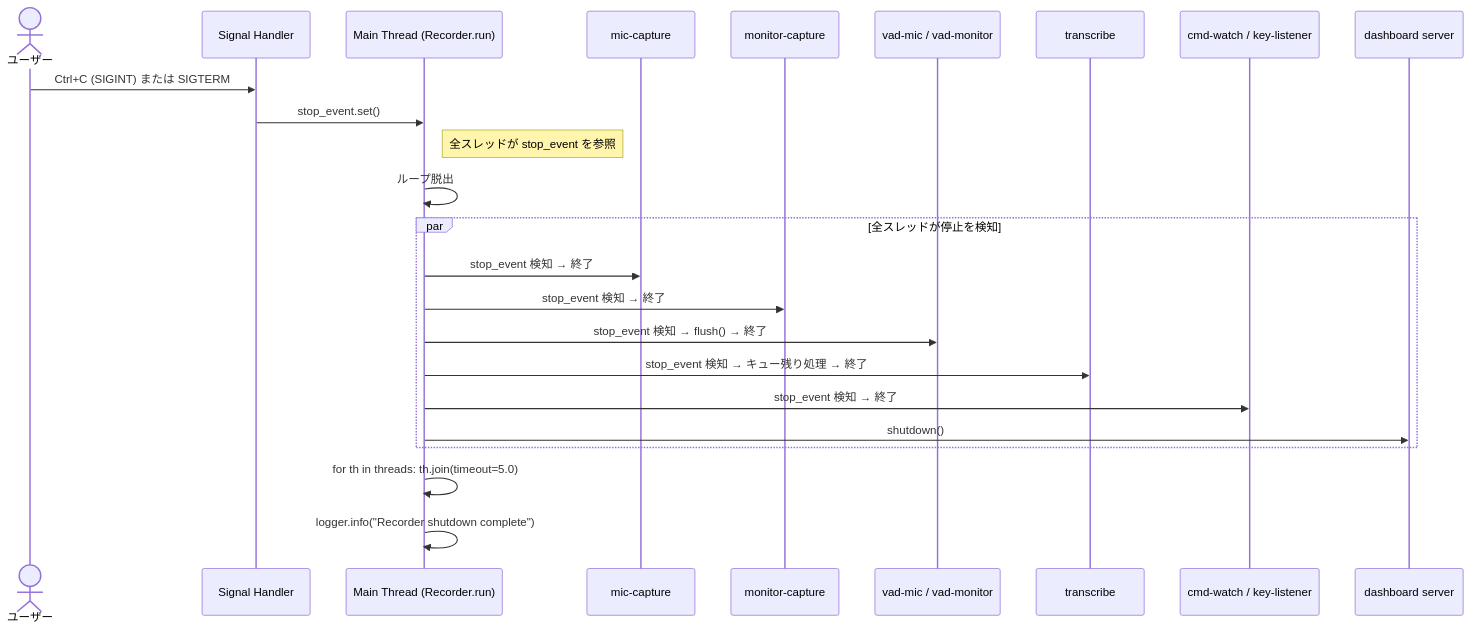
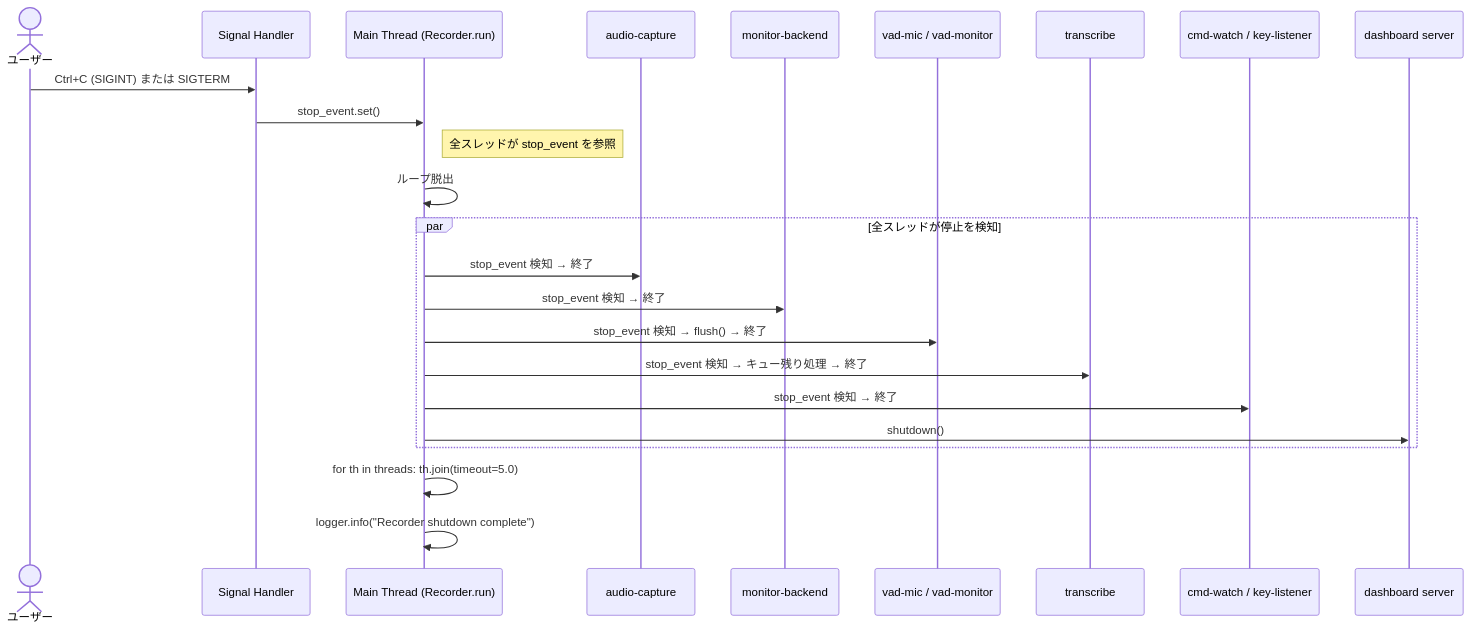
Before and after one commit to edocode/shadow-clerk: the seventh of 7 diagrams in SPEC.md, drawn with Mermaid. The commit also changed other lines of this file and 4 other files, not shown here.

First line of the commit message:
Fix regressions from the audio capture watchdog

````diff
--- a/SPEC.md
+++ b/SPEC.md
@@ -515,29 +515,29 @@
 ```mermaid
 sequenceDiagram
     actor User as ユーザー
     participant Sig as Signal Handler
     participant Main as Main Thread (Recorder.run)
-    participant Mic as mic-capture
-    participant Mon as monitor-capture
+    participant Mic as audio-capture
+    participant Mon as monitor-backend
     participant VAD as vad-mic / vad-monitor
     participant Trans as transcribe
     participant Aux as cmd-watch / key-listener
     participant Dash as dashboard server
 
     User->>Sig: Ctrl+C (SIGINT) または SIGTERM
     Sig->>Main: stop_event.set()
     Note right of Main: 全スレッドが stop_event を参照
     Main->>Main: ループ脱出
 
     par 全スレッドが停止を検知
         Main->>Mic: stop_event 検知 → 終了
         Main->>Mon: stop_event 検知 → 終了
         Main->>VAD: stop_event 検知 → flush() → 終了
         Main->>Trans: stop_event 検知 → キュー残り処理 → 終了
         Main->>Aux: stop_event 検知 → 終了
         Main->>Dash: shutdown()
     end
 
     Main->>Main: for th in threads: th.join(timeout=5.0)
     Main->>Main: logger.info("Recorder shutdown complete")
 ```
````
